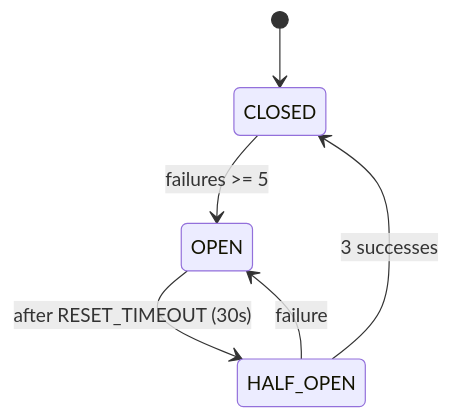
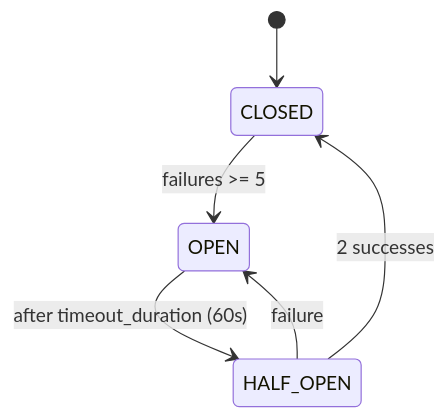
One commit to nodealchemy/powernode-platform changed the sixth of 7 diagrams in docs/concepts/agents-and-autonomy.md. Above: the diagram before and after it, drawn with Mermaid. The commit also changed other lines of this file and 6 other files, not shown here.

````diff
--- a/docs/concepts/agents-and-autonomy.md
+++ b/docs/concepts/agents-and-autonomy.md
@@ -497,8 +504,8 @@
 ```mermaid
 stateDiagram-v2
     [*] --> CLOSED
     CLOSED --> OPEN: failures >= 5
-    OPEN --> HALF_OPEN: after RESET_TIMEOUT (30s)
-    HALF_OPEN --> CLOSED: 3 successes
+    OPEN --> HALF_OPEN: after timeout_duration (60s)
+    HALF_OPEN --> CLOSED: 2 successes
     HALF_OPEN --> OPEN: failure
 ```
````
